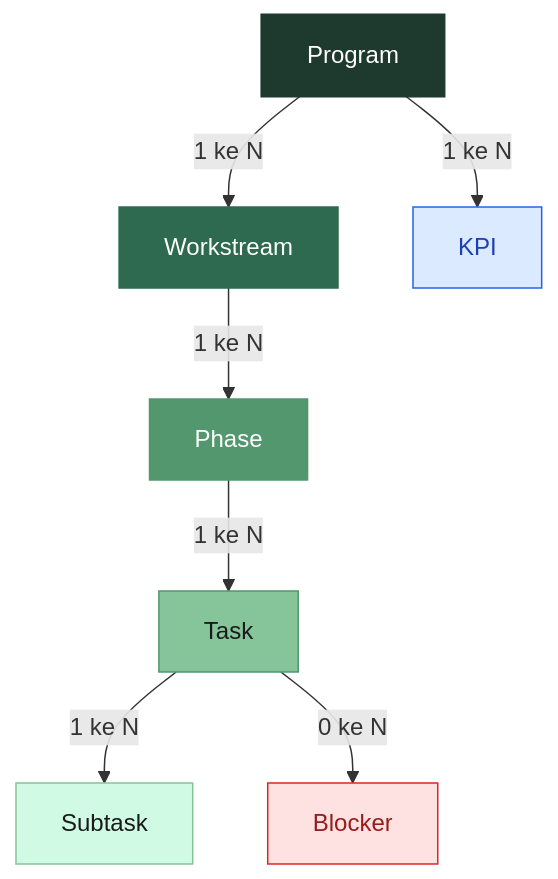
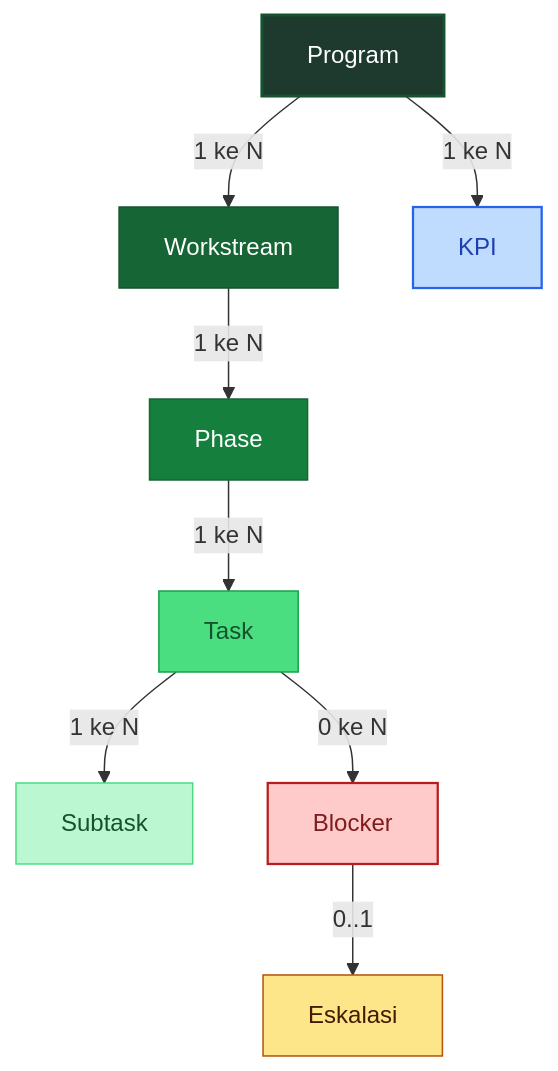
The third of 8 diagrams in docs/ATLAS_PLAYBOOK.md (alifnrmdhn-create/atlas-fullstack), drawn with Mermaid before and after one commit. The commit also changed other lines of this file and 38 other files, not shown here.

````diff
--- a/docs/ATLAS_PLAYBOOK.md
+++ b/docs/ATLAS_PLAYBOOK.md
@@ -73,25 +100,28 @@
 ```mermaid
 flowchart TD
     P[Program]:::tier1
     W[Workstream]:::tier2
     Ph[Phase]:::tier3
     T[Task]:::tier4
     S[Subtask]:::tier5
     B[Blocker]:::danger
     K[KPI]:::kpi
+    E[Eskalasi]:::esc
 
     P -->|1 ke N| W
     P -->|1 ke N| K
     W -->|1 ke N| Ph
     Ph -->|1 ke N| T
     T -->|1 ke N| S
     T -->|0 ke N| B
+    B -->|0..1| E
 
-    classDef tier1  fill:#1e3a2f,stroke:#1e3a2f,color:#fff,stroke-width:2px
-    classDef tier2  fill:#2d6a4f,stroke:#2d6a4f,color:#fff
-    classDef tier3  fill:#52976e,stroke:#52976e,color:#fff
-    classDef tier4  fill:#86c49a,stroke:#52976e,color:#1a1a1a
-    classDef tier5  fill:#d1fae5,stroke:#86c49a,color:#1a1a1a
-    classDef danger fill:#fee2e2,stroke:#dc2626,color:#991b1b
-    classDef kpi    fill:#dbeafe,stroke:#2563eb,color:#1e40af
+    classDef tier1  fill:#1e3a2f,stroke:#14532d,color:#ffffff,stroke-width:2px
+    classDef tier2  fill:#166534,stroke:#14532d,color:#ffffff
+    classDef tier3  fill:#15803d,stroke:#166534,color:#ffffff
+    classDef tier4  fill:#4ade80,stroke:#16a34a,color:#14532d
+    classDef tier5  fill:#bbf7d0,stroke:#4ade80,color:#14532d
+    classDef danger fill:#fecaca,stroke:#b91c1c,color:#7f1d1d,stroke-width:1.5px
+    classDef kpi    fill:#bfdbfe,stroke:#2563eb,color:#1e40af,stroke-width:1.5px
+    classDef esc    fill:#fde68a,stroke:#b45309,color:#451a03
 ```
````
